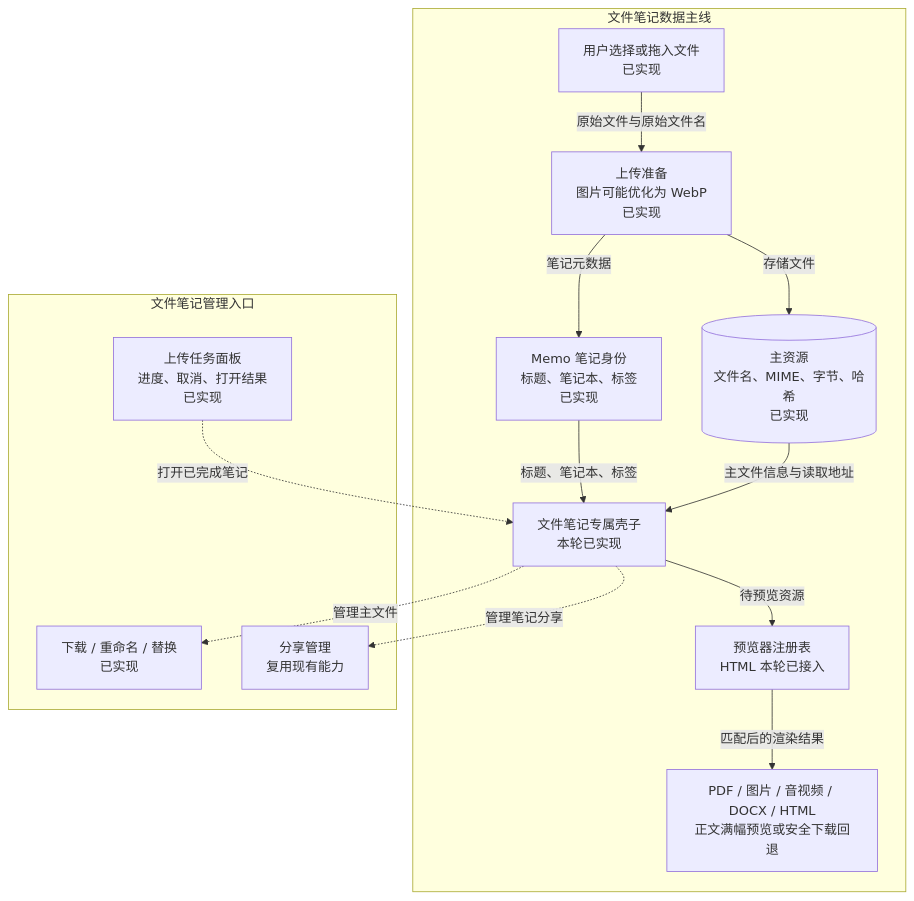
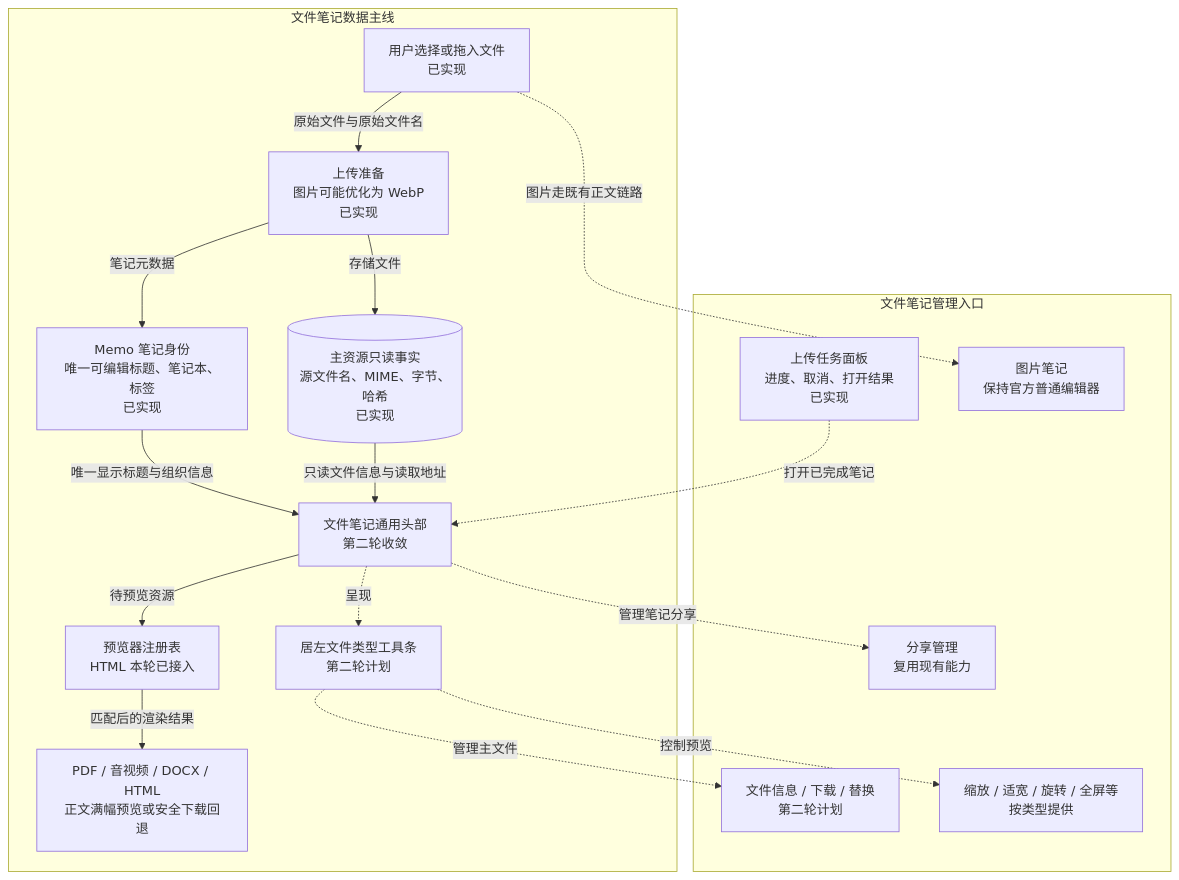
The diagram in docs/file-note-shell-html-preview-iteration.zh-CN.md (LarryGuan/edgeever), drawn with Mermaid before and after one commit. The commit also changed other lines of this file and 1 other file, not shown here.

Commit message:
docs: plan single-name file note toolbar

````diff
--- a/docs/file-note-shell-html-preview-iteration.zh-CN.md
+++ b/docs/file-note-shell-html-preview-iteration.zh-CN.md
@@ -41,30 +48,36 @@
 ```mermaid
 flowchart TB
     subgraph FLOW["文件笔记数据主线"]
         INPUT["用户选择或拖入文件<br/>已实现"]
         PREPARE["上传准备<br/>图片可能优化为 WebP<br/>已实现"]
-        MEMO["Memo 笔记身份<br/>标题、笔记本、标签<br/>已实现"]
-        RESOURCE[("主资源<br/>文件名、MIME、字节、哈希<br/>已实现")]
-        PANE["文件笔记专属壳子<br/>本轮已实现"]
+        MEMO["Memo 笔记身份<br/>唯一可编辑标题、笔记本、标签<br/>已实现"]
+        RESOURCE[("主资源只读事实<br/>源文件名、MIME、字节、哈希<br/>已实现")]
+        PANE["文件笔记通用头部<br/>第二轮收敛"]
+        TOOLBAR["居左文件类型工具条<br/>第二轮计划"]
         REGISTRY["预览器注册表<br/>HTML 本轮已接入"]
-        RESULT["PDF / 图片 / 音视频 / DOCX / HTML<br/>正文满幅预览或安全下载回退"]
+        RESULT["PDF / 音视频 / DOCX / HTML<br/>正文满幅预览或安全下载回退"]
 
         INPUT -->|"原始文件与原始文件名"| PREPARE
         PREPARE -->|"笔记元数据"| MEMO
         PREPARE -->|"存储文件"| RESOURCE
-        MEMO -->|"标题、笔记本、标签"| PANE
-        RESOURCE -->|"主文件信息与读取地址"| PANE
+        MEMO -->|"唯一显示标题与组织信息"| PANE
+        RESOURCE -->|"只读文件信息与读取地址"| PANE
         PANE -->|"待预览资源"| REGISTRY
         REGISTRY -->|"匹配后的渲染结果"| RESULT
     end
 
     subgraph TOOLS["文件笔记管理入口"]
-        ACTIONS["下载 / 重命名 / 替换<br/>已实现"]
+        ACTIONS["文件信息 / 下载 / 替换<br/>第二轮计划"]
+        PREVIEW_ACTIONS["缩放 / 适宽 / 旋转 / 全屏等<br/>按类型提供"]
         SHARE["分享管理<br/>复用现有能力"]
         UPLOADS["上传任务面板<br/>进度、取消、打开结果<br/>已实现"]
+        IMAGE_EDITOR["图片笔记<br/>保持官方普通编辑器"]
     end
 
-    PANE -.->|"管理主文件"| ACTIONS
+    PANE -.->|"呈现"| TOOLBAR
+    TOOLBAR -.->|"管理主文件"| ACTIONS
+    TOOLBAR -.->|"控制预览"| PREVIEW_ACTIONS
     PANE -.->|"管理笔记分享"| SHARE
     UPLOADS -.->|"打开已完成笔记"| PANE
+    INPUT -.->|"图片走既有正文链路"| IMAGE_EDITOR
 ```
````
